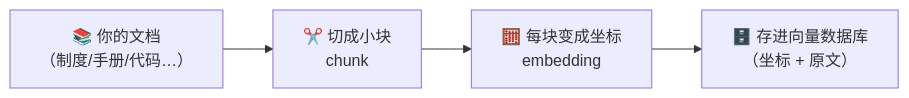
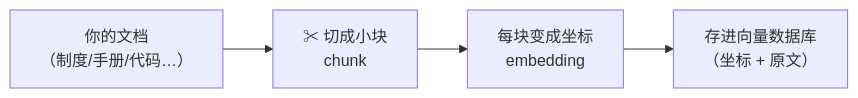
The second of 5 diagrams in docs/02_CONCEPTS_概念入门/CONCEPT/[CONCEPT-11] 什么是RAG-检索增强生成.md (luckykhy/KhyAiHub), drawn with Mermaid before and after one commit. The commit also changed other lines of this file and 19 other files, not shown here.

````diff
--- a/docs/02_CONCEPTS_概念入门/CONCEPT/[CONCEPT-11] 什么是RAG-检索增强生成.md
+++ b/docs/02_CONCEPTS_概念入门/CONCEPT/[CONCEPT-11] 什么是RAG-检索增强生成.md
@@ -90,6 +90,6 @@
 ```mermaid
 flowchart LR
-  DOC["📚 你的文档<br/>（制度/手册/代码…）"] --> CHUNK["✂️ 切成小块<br/>chunk"]
-  CHUNK --> EMB["🧮 每块变成坐标<br/>embedding"]
-  EMB --> VDB["🗄️ 存进向量数据库<br/>（坐标 + 原文）"]
+  DOC["你的文档<br/>（制度/手册/代码…）"] --> CHUNK["✂ 切成小块<br/>chunk"]
+  CHUNK --> EMB["每块变成坐标<br/>embedding"]
+  EMB --> VDB["存进向量数据库<br/>（坐标 + 原文）"]
 ```
````
